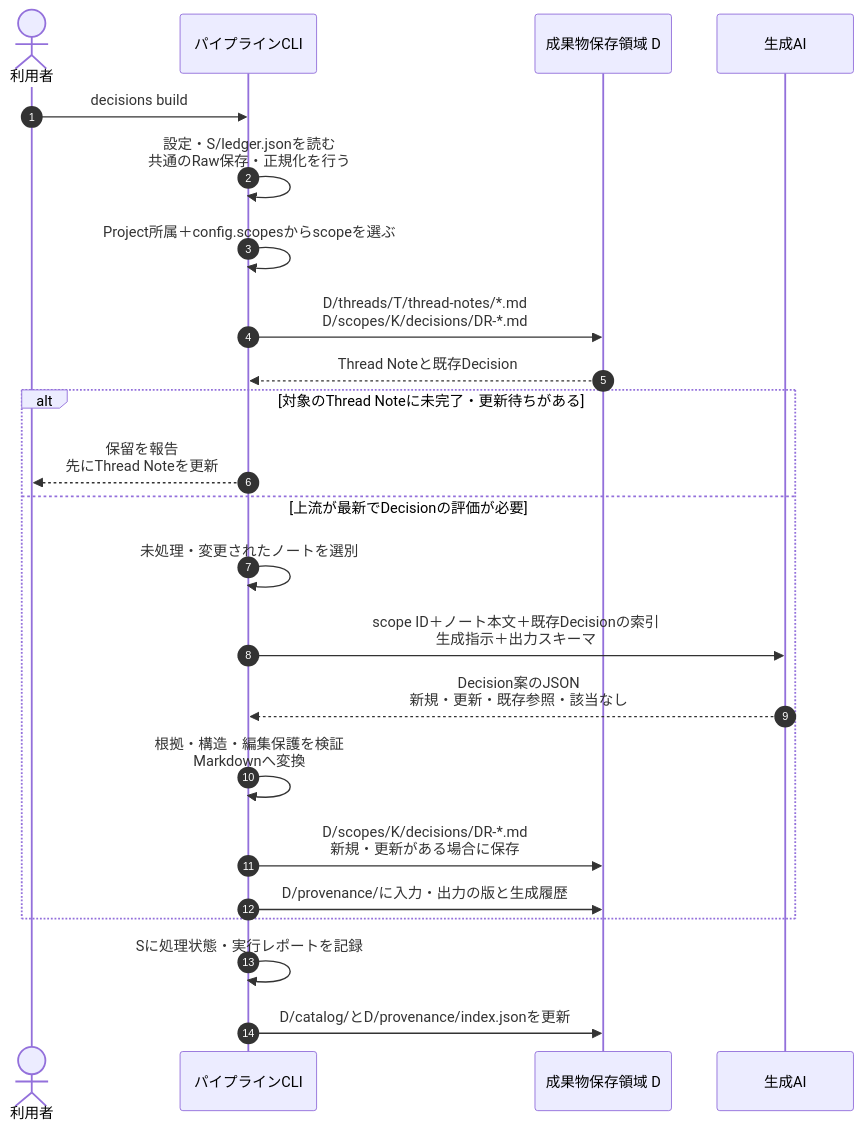
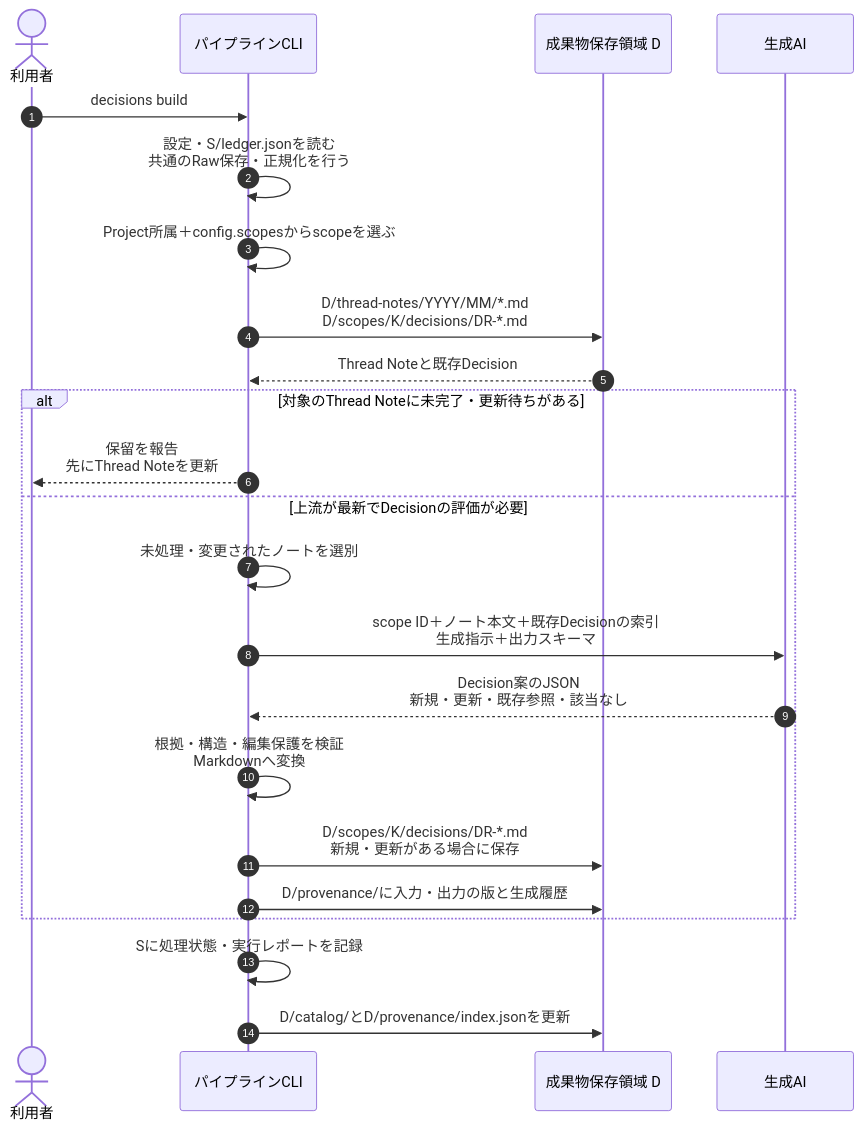
Before and after one commit to tuckn/tkn_codex_chat_note_pipeline: the third of 5 diagrams in README_ja.md, drawn with Mermaid. The commit also changed other lines of this file and 9 other files, not shown here.

````diff
--- a/README_ja.md
+++ b/README_ja.md
@@ -427,26 +486,26 @@
 ```mermaid
 sequenceDiagram
     autonumber
     actor U as 利用者
     participant P as パイプラインCLI
     participant D as 成果物保存領域 D
     participant AI as 生成AI
 
     U->>P: decisions build
     P->>P: 設定・S/ledger.jsonを読む<br/>共通のRaw保存・正規化を行う
     P->>P: Project所属＋config.scopesからscopeを選ぶ
-    P->>D: D/threads/T/thread-notes/*.md<br/>D/scopes/K/decisions/DR-*.md
+    P->>D: D/thread-notes/YYYY/MM/*.md<br/>D/scopes/K/decisions/DR-*.md
     D-->>P: Thread Noteと既存Decision
     alt 対象のThread Noteに未完了・更新待ちがある
         P-->>U: 保留を報告<br/>先にThread Noteを更新
     else 上流が最新でDecisionの評価が必要
         P->>P: 未処理・変更されたノートを選別
         P->>AI: scope ID＋ノート本文＋既存Decisionの索引<br/>生成指示＋出力スキーマ
         AI-->>P: Decision案のJSON<br/>新規・更新・既存参照・該当なし
         P->>P: 根拠・構造・編集保護を検証<br/>Markdownへ変換
         P->>D: D/scopes/K/decisions/DR-*.md<br/>新規・更新がある場合に保存
         P->>D: D/provenance/に入力・出力の版と生成履歴
     end
     P->>P: Sに処理状態・実行レポートを記録
     P->>D: D/catalog/とD/provenance/index.jsonを更新
 ```
````
